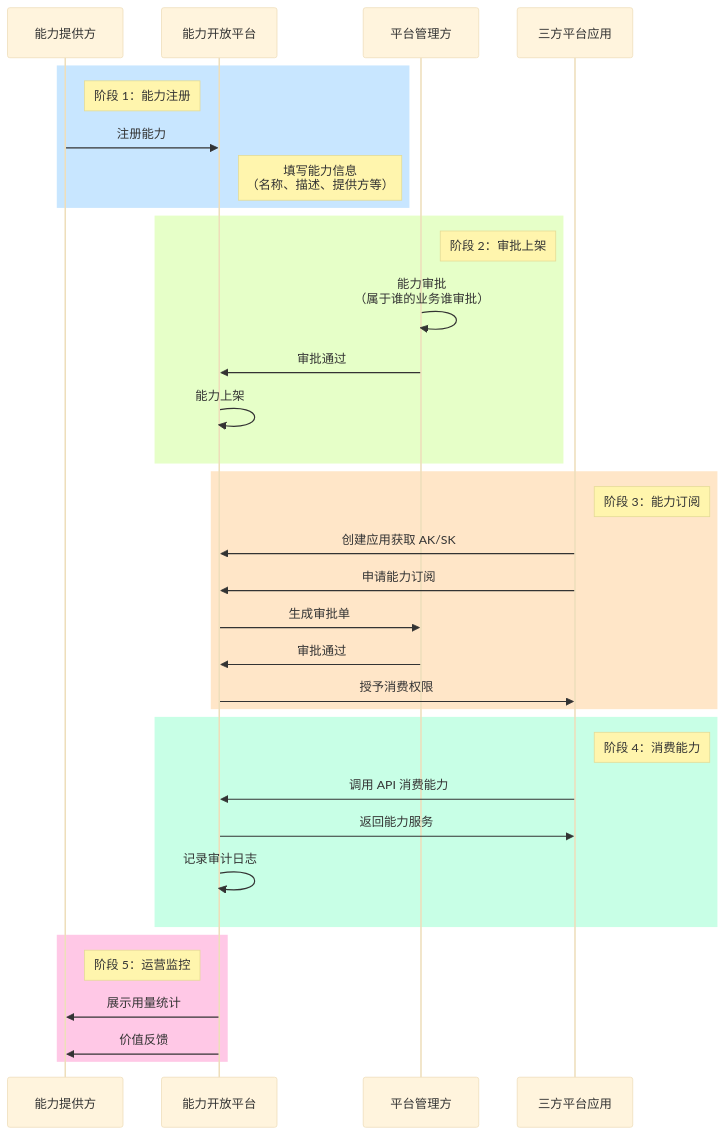
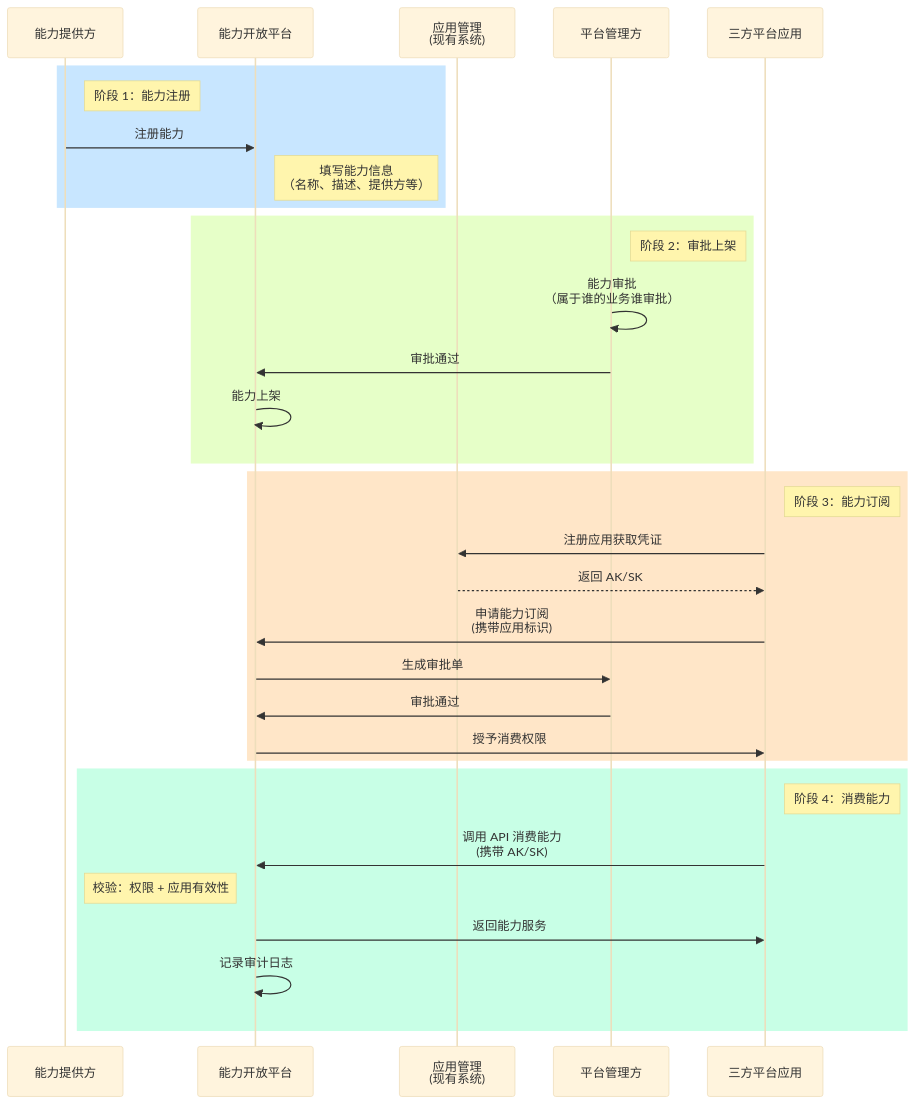
Before and after one commit to THZSummer/Product: the eighth of 11 diagrams in open-app/.sdd/specs-tree-root/specs-tree-capability-open-platform/discovery-report.md, drawn with Mermaid (base theme). The commit also changed other lines of this file, not shown here.

````diff
--- a/open-app/.sdd/specs-tree-root/specs-tree-capability-open-platform/discovery-report.md
+++ b/open-app/.sdd/specs-tree-root/specs-tree-capability-open-platform/discovery-report.md
@@ -387,42 +385,39 @@
 ```mermaid
 sequenceDiagram
     participant Provider as 能力提供方
     participant Platform as 能力开放平台
+    participant AppMgr as 应用管理<br/>(现有系统)
     participant Admin as 平台管理方
     participant Consumer as 三方平台应用
     
     rect rgb(200, 230, 255)
         note right of Provider: 阶段 1：能力注册
         Provider->>Platform: 注册能力
         note right of Platform: 填写能力信息<br/>（名称、描述、提供方等）
     end
     
     rect rgb(230, 255, 200)
         note right of Admin: 阶段 2：审批上架
         Admin->>Admin: 能力审批<br/>（属于谁的业务谁审批）
         Admin->>Platform: 审批通过
         Platform->>Platform: 能力上架
     end
     
     rect rgb(255, 230, 200)
         note right of Consumer: 阶段 3：能力订阅
-        Consumer->>Platform: 创建应用获取 AK/SK
-        Consumer->>Platform: 申请能力订阅
+        Consumer->>AppMgr: 注册应用获取凭证
+        AppMgr-->>Consumer: 返回 AK/SK
+        Consumer->>Platform: 申请能力订阅<br/>(携带应用标识)
         Platform->>Admin: 生成审批单
         Admin->>Platform: 审批通过
         Platform->>Consumer: 授予消费权限
     end
     
     rect rgb(200, 255, 230)
         note right of Consumer: 阶段 4：消费能力
-        Consumer->>Platform: 调用 API 消费能力
+        Consumer->>Platform: 调用 API 消费能力<br/>(携带 AK/SK)
+        note left of Platform: 校验：权限 + 应用有效性
         Platform->>Consumer: 返回能力服务
         Platform->>Platform: 记录审计日志
     end
-    
-    rect rgb(255, 200, 230)
-        note right of Provider: 阶段 5：运营监控
-        Platform->>Provider: 展示用量统计
-        Platform->>Provider: 价值反馈
-    end
 ```
````
